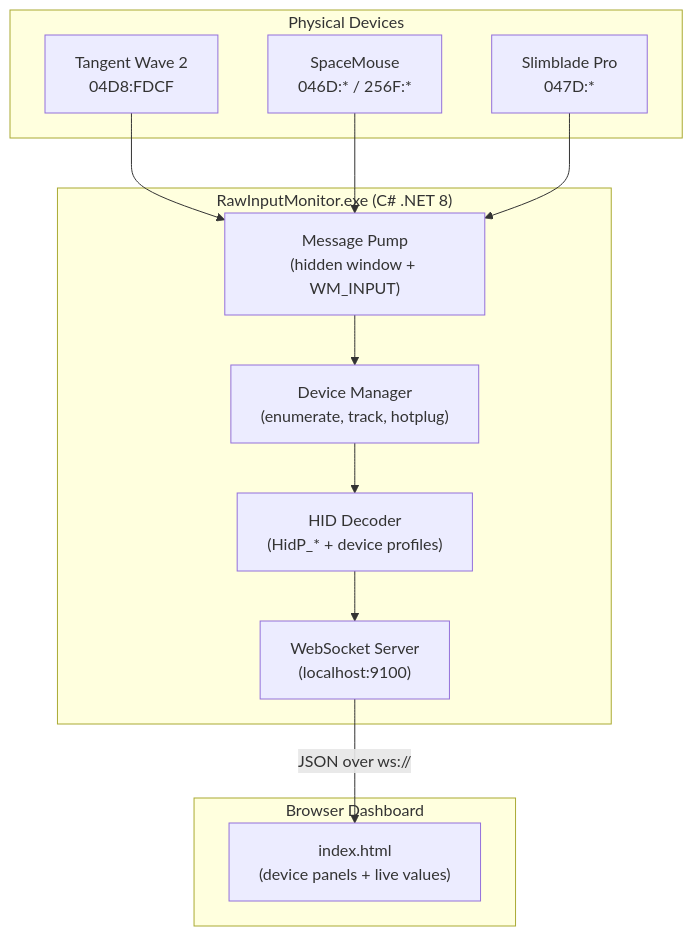
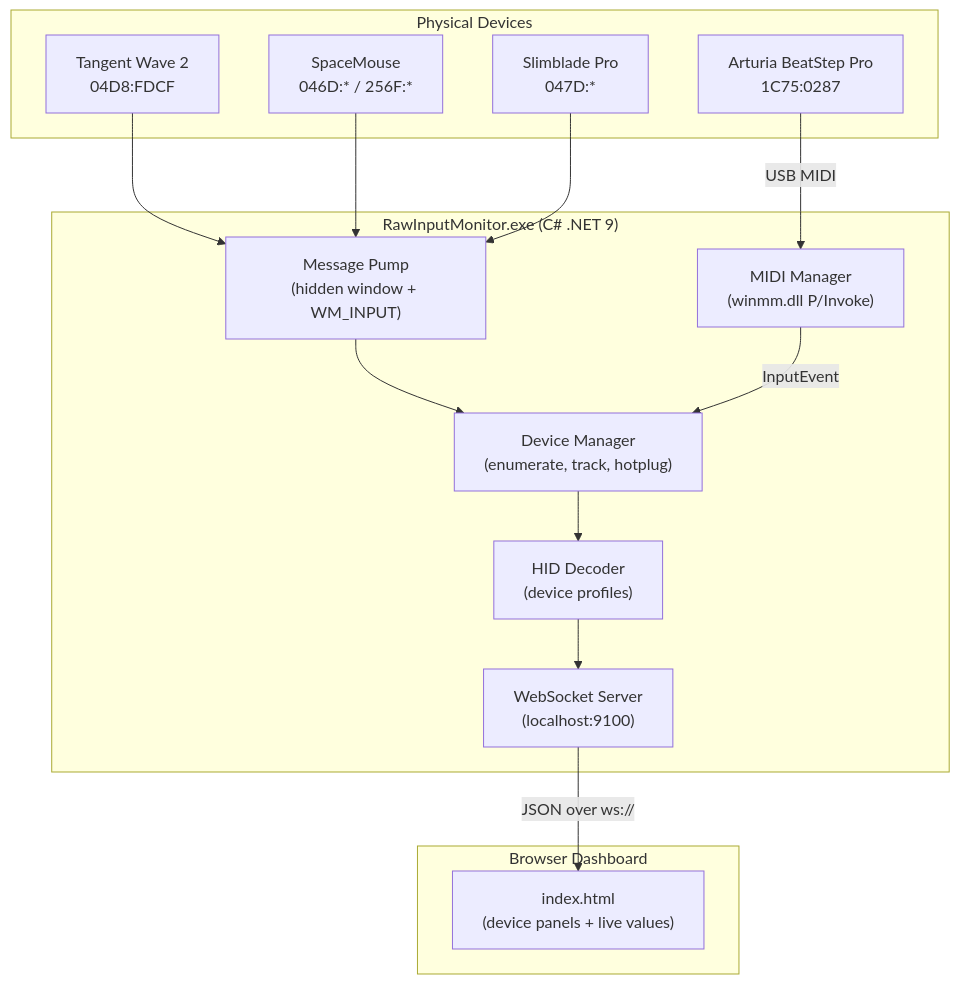
One commit to caisarhadi/RawInputMonitor changed the diagram in docs/architecture.md. Above: the diagram before and after it, drawn with Mermaid. The commit also changed other lines of this file and 13 other files, not shown here.

````diff
--- a/docs/architecture.md
+++ b/docs/architecture.md
@@ -7,27 +7,31 @@
 ```mermaid
 graph TB
     subgraph "Physical Devices"
         TW["Tangent Wave 2<br/>04D8:FDCF"]
         SM["SpaceMouse<br/>046D:* / 256F:*"]
         SB["Slimblade Pro<br/>047D:*"]
+        AB["Arturia BeatStep Pro<br/>1C75:0287"]
     end
 
-    subgraph "RawInputMonitor.exe (C# .NET 8)"
+    subgraph "RawInputMonitor.exe (C# .NET 9)"
         MP["Message Pump<br/>(hidden window + WM_INPUT)"]
+        MM["MIDI Manager<br/>(winmm.dll P/Invoke)"]
         DM["Device Manager<br/>(enumerate, track, hotplug)"]
-        HD["HID Decoder<br/>(HidP_* + device profiles)"]
+        HD["HID Decoder<br/>(device profiles)"]
         WS["WebSocket Server<br/>(localhost:9100)"]
     end
 
     subgraph "Browser Dashboard"
         UI["index.html<br/>(device panels + live values)"]
     end
 
     TW --> MP
     SM --> MP
     SB --> MP
+    AB -->|"USB MIDI"| MM
     MP --> DM
+    MM -->|"InputEvent"| DM
     DM --> HD
     HD --> WS
     WS -->|"JSON over ws://"| UI
 ```
````
